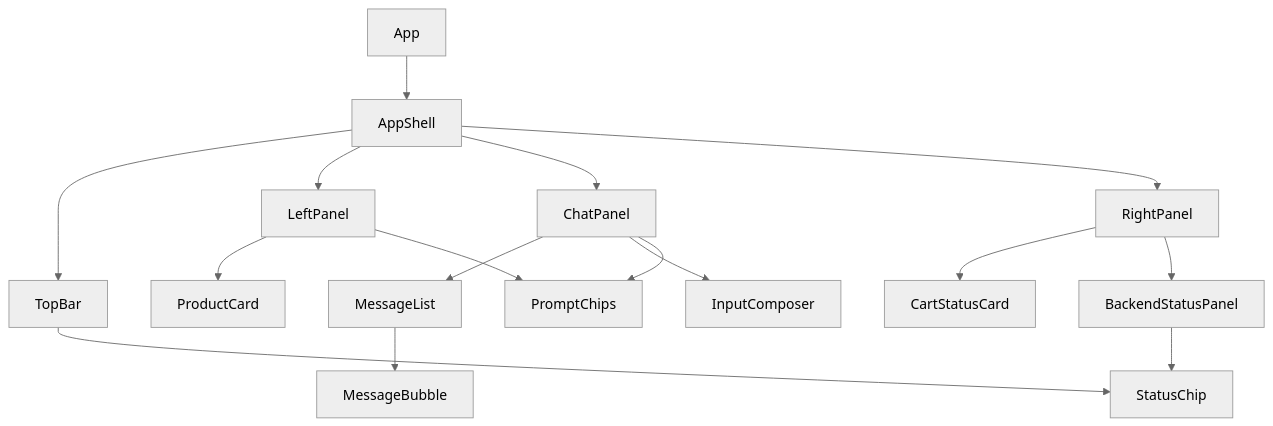
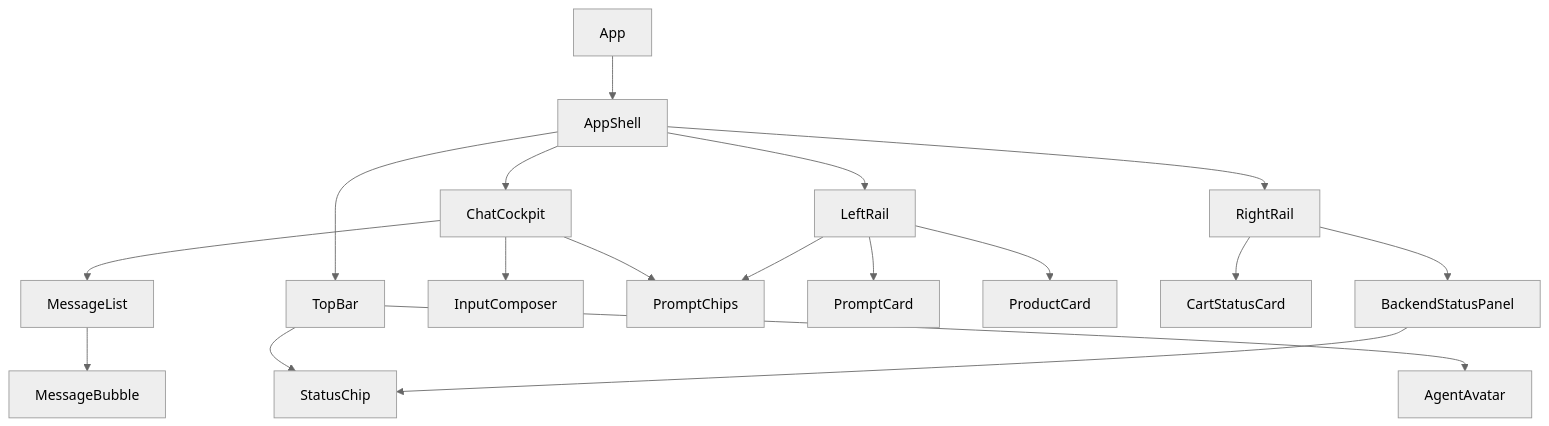
Before and after one commit to liyunyi-gif/Xiaomi-Shopping-Agent: the second of 3 diagrams in doc/前端技术架构文档.md, drawn with Mermaid (neutral theme). The commit also changed other lines of this file and 2 other files, not shown here.

````diff
--- a/doc/前端技术架构文档.md
+++ b/doc/前端技术架构文档.md
@@ -429,22 +530,24 @@
 ```mermaid
 graph TD
     App --> AppShell
     AppShell --> TopBar
-    AppShell --> LeftPanel
-    AppShell --> ChatPanel
-    AppShell --> RightPanel
+    AppShell --> LeftRail
+    AppShell --> ChatCockpit
+    AppShell --> RightRail
 
-    ChatPanel --> MessageList
-    ChatPanel --> InputComposer
-    ChatPanel --> PromptChips
+    TopBar --> AgentAvatar
+    TopBar --> StatusChip
+
+    ChatCockpit --> MessageList
+    ChatCockpit --> InputComposer
+    ChatCockpit --> PromptChips
     MessageList --> MessageBubble
 
-    LeftPanel --> ProductCard
-    LeftPanel --> PromptChips
+    LeftRail --> PromptCard
+    LeftRail --> ProductCard
+    LeftRail --> PromptChips
 
-    RightPanel --> CartStatusCard
-    RightPanel --> BackendStatusPanel
-
-    TopBar --> StatusChip
+    RightRail --> CartStatusCard
+    RightRail --> BackendStatusPanel
     BackendStatusPanel --> StatusChip
 ```
````
